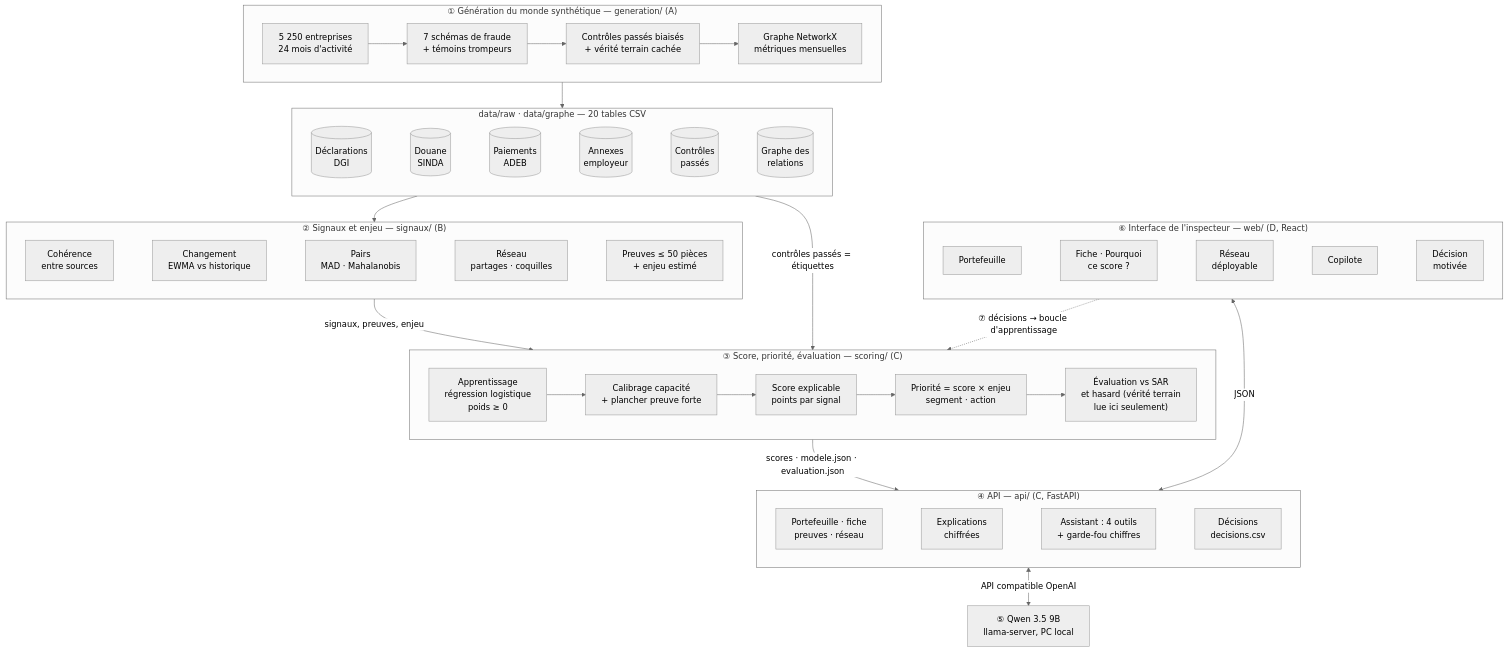
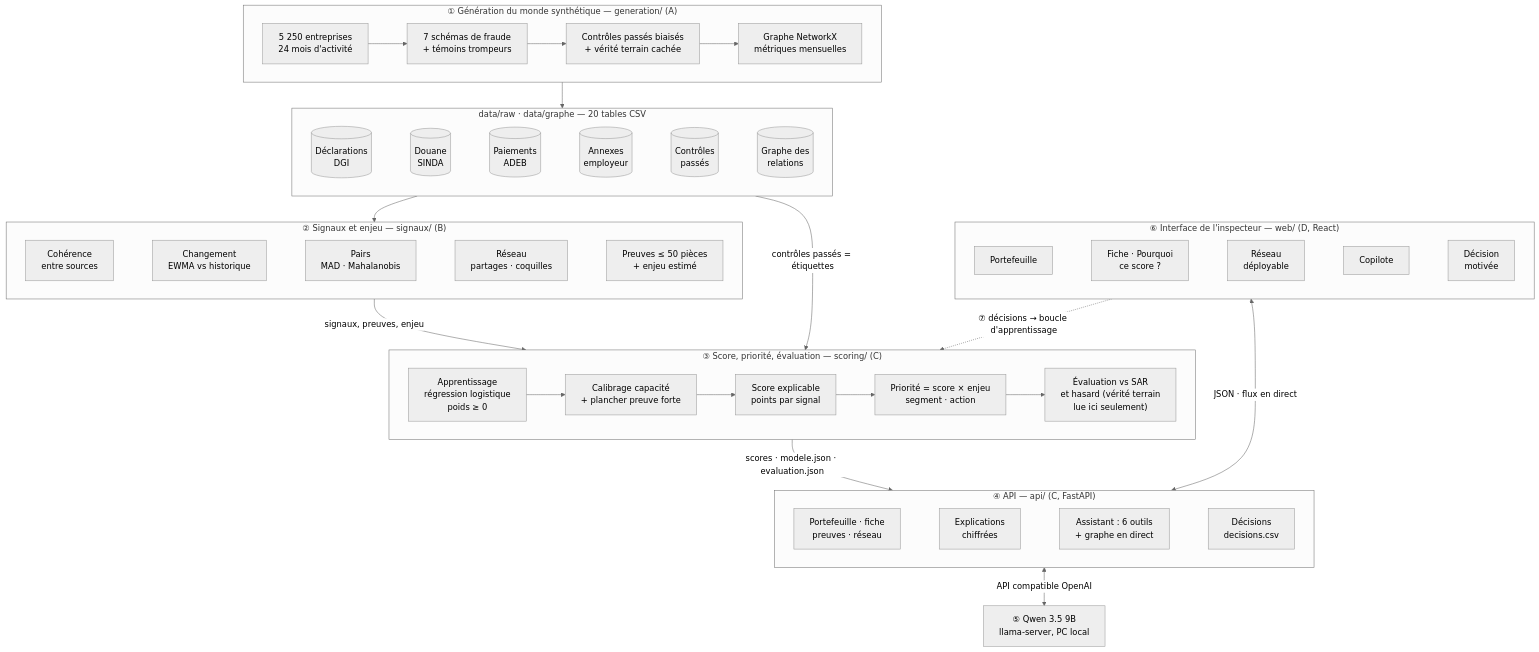
Before and after one commit to Karim-zitouna-01/basira: the diagram in README.md, drawn with Mermaid (neutral theme). The commit also changed other lines of this file and 14 other files, not shown here.

First line of the commit message:
Copilote × graphe en direct : exploration du réseau par l'assistant

````diff
--- a/README.md
+++ b/README.md
@@ -163,37 +168,37 @@
 ```mermaid
 flowchart TB
     subgraph GEN["① Génération du monde synthétique — generation/ (A)"]
         direction LR
         A1["5 250 entreprises<br/>24 mois d'activité"] --> A2["7 schémas de fraude<br/>+ témoins trompeurs"] --> A3["Contrôles passés biaisés<br/>+ vérité terrain cachée"] --> A4["Graphe NetworkX<br/>métriques mensuelles"]
     end
     subgraph RAW["data/raw · data/graphe — 20 tables CSV"]
         direction LR
         R1[("Déclarations<br/>DGI")] ~~~ R2[("Douane<br/>SINDA")] ~~~ R3[("Paiements<br/>ADEB")] ~~~ R4[("Annexes<br/>employeur")] ~~~ R5[("Contrôles<br/>passés")] ~~~ R6[("Graphe des<br/>relations")]
     end
     subgraph SIG["② Signaux et enjeu — signaux/ (B)"]
         direction LR
         B1["Cohérence<br/>entre sources"] ~~~ B2["Changement<br/>EWMA vs historique"] ~~~ B3["Pairs<br/>MAD · Mahalanobis"] ~~~ B4["Réseau<br/>partages · coquilles"] ~~~ B5["Preuves ≤ 50 pièces<br/>+ enjeu estimé"]
     end
     subgraph SCO["③ Score, priorité, évaluation — scoring/ (C)"]
         direction LR
         C1["Apprentissage<br/>régression logistique<br/>poids ≥ 0"] --> C2["Calibrage capacité<br/>+ plancher preuve forte"] --> C3["Score explicable<br/>points par signal"] --> C4["Priorité = score × enjeu<br/>segment · action"] --> C5["Évaluation vs SAR<br/>et hasard (vérité terrain<br/>lue ici seulement)"]
     end
     subgraph API["④ API — api/ (C, FastAPI)"]
         direction LR
-        P1["Portefeuille · fiche<br/>preuves · réseau"] ~~~ P2["Explications<br/>chiffrées"] ~~~ P3["Assistant : 4 outils<br/>+ garde-fou chiffres"] ~~~ P4["Décisions<br/>decisions.csv"]
+        P1["Portefeuille · fiche<br/>preuves · réseau"] ~~~ P2["Explications<br/>chiffrées"] ~~~ P3["Assistant : 6 outils<br/>+ graphe en direct"] ~~~ P4["Décisions<br/>decisions.csv"]
     end
     LLM["⑤ Qwen 3.5 9B<br/>llama-server, PC local"]
     subgraph WEB["⑥ Interface de l'inspecteur — web/ (D, React)"]
         direction LR
         W1["Portefeuille"] ~~~ W2["Fiche · Pourquoi<br/>ce score ?"] ~~~ W3["Réseau<br/>déployable"] ~~~ W4["Copilote"] ~~~ W5["Décision<br/>motivée"]
     end
 
     GEN --> RAW
     RAW --> SIG
     SIG -->|"signaux, preuves, enjeu"| SCO
     RAW -->|"contrôles passés = étiquettes"| SCO
     SCO -->|"scores · modele.json · evaluation.json"| API
-    API <-->|"JSON"| WEB
+    API <-->|"JSON · flux en direct"| WEB
     API <-->|"API compatible OpenAI"| LLM
     WEB -.->|"⑦ décisions → boucle d'apprentissage"| SCO
 ```
````
